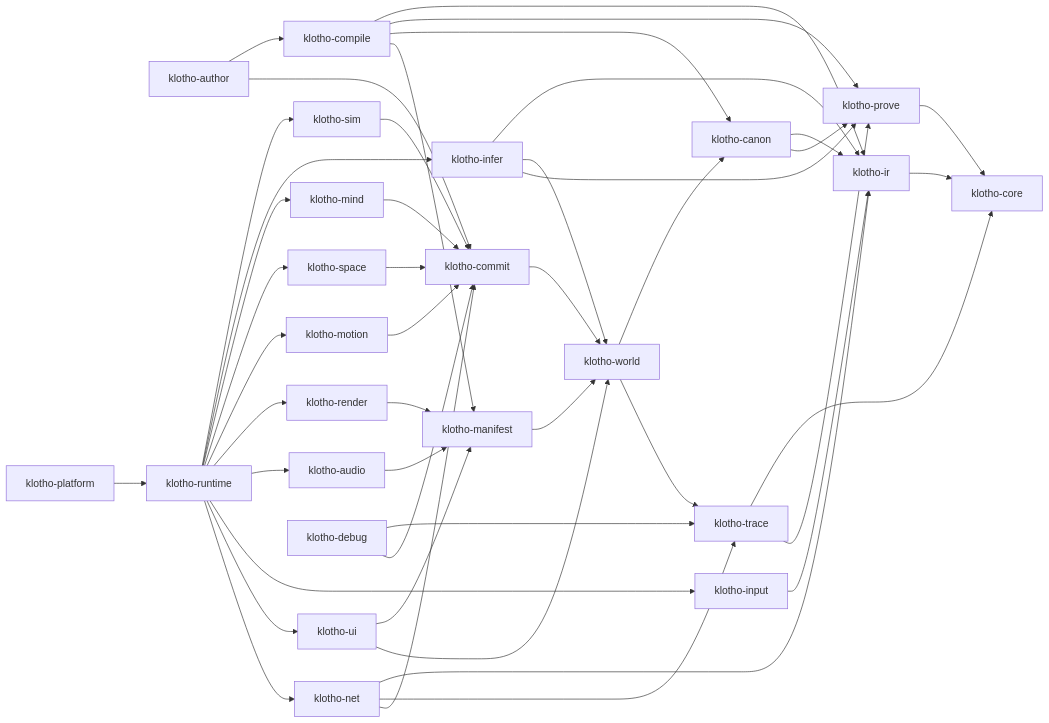
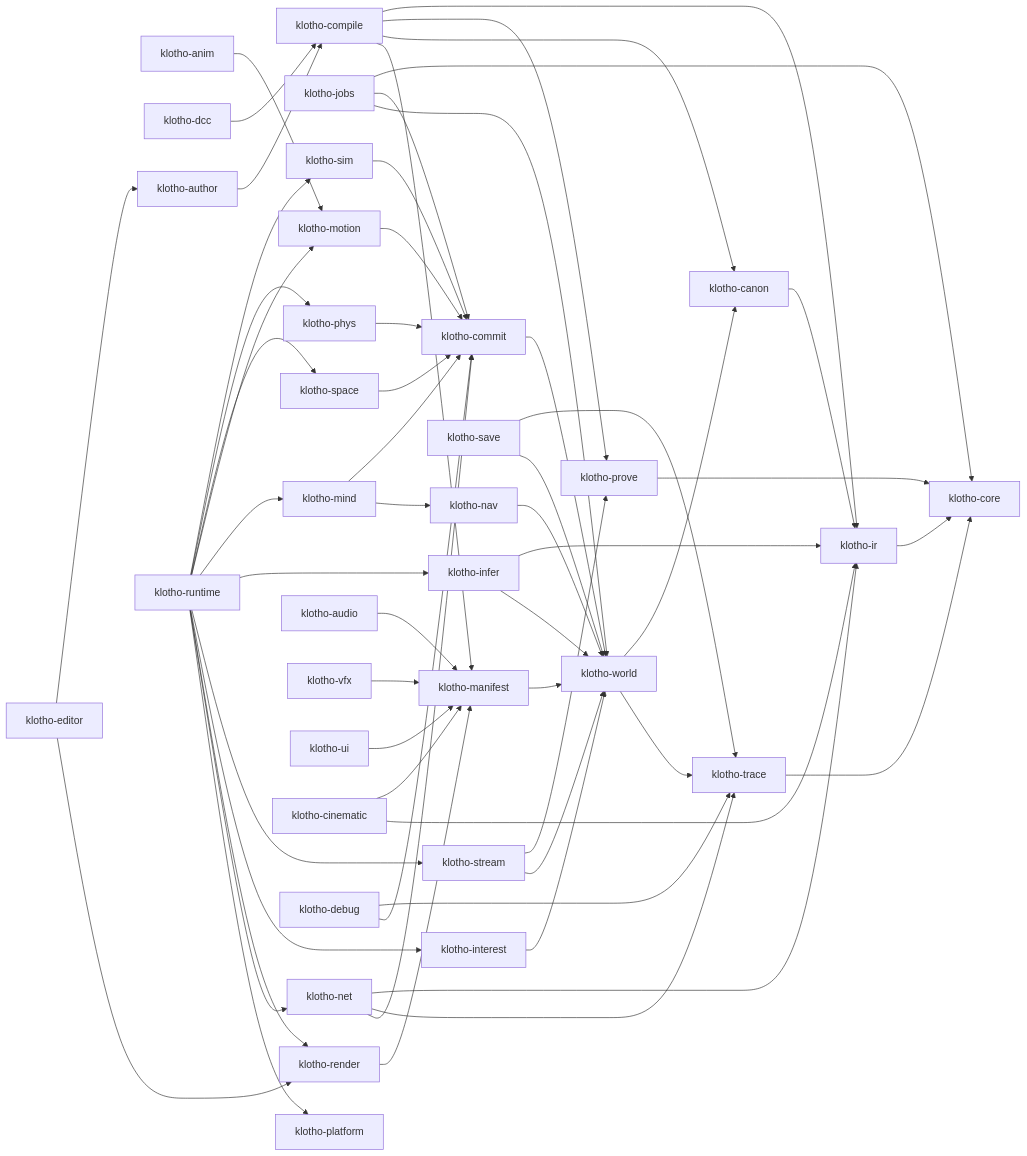
One commit to galkatz373/klotho changed the second of 7 diagrams in docs/hld.md. Above: the diagram before and after it, drawn with Mermaid. The commit also changed other lines of this file and 4 other files, not shown here.

````diff
--- a/docs/hld.md
+++ b/docs/hld.md
@@ -316,19 +409,29 @@
   trace[klotho-trace]
   world[klotho-world]
   commit[klotho-commit]
+  sim[klotho-sim]
+  interest[klotho-interest]
+  jobs[klotho-jobs]
+  phys[klotho-phys]
+  space[klotho-space]
+  motion[klotho-motion]
+  anim[klotho-anim]
+  mind[klotho-mind]
+  nav[klotho-nav]
+  infer[klotho-infer]
   manifest[klotho-manifest]
   compile[klotho-compile]
-  infer[klotho-infer]
-  mind[klotho-mind]
-  sim[klotho-sim]
-  input[klotho-input]
-  space[klotho-space]
-  motion[klotho-motion]
+  dcc[klotho-dcc]
+  stream[klotho-stream]
+  save[klotho-save]
   render[klotho-render]
   audio[klotho-audio]
+  vfx[klotho-vfx]
   ui[klotho-ui]
+  cine[klotho-cinematic]
   net[klotho-net]
   author[klotho-author]
+  editor[klotho-editor]
   debug[klotho-debug]
   plat[klotho-platform]
   runtime[klotho-runtime]
@@ -336,45 +439,57 @@
   ir --> core
   prove --> core
   canon --> ir
-  canon --> prove
   trace --> core
-  trace --> prove
   world --> canon
   world --> trace
   commit --> world
+  sim --> commit
+  interest --> world
+  jobs --> core
+  jobs --> commit
+  jobs --> world
+  phys --> commit
+  space --> commit
+  motion --> commit
+  anim --> motion
+  mind --> commit
+  mind --> nav
+  nav --> world
+  infer --> ir
+  infer --> world
   manifest --> world
   compile --> ir
   compile --> prove
   compile --> canon
   compile --> manifest
-  infer --> ir
-  infer --> world
-  infer --> prove
-  mind --> commit
-  sim --> commit
-  input --> ir
-  space --> commit
-  motion --> commit
+  dcc --> compile
+  stream --> prove
+  stream --> world
+  save --> trace
+  save --> world
   render --> manifest
   audio --> manifest
+  vfx --> manifest
   ui --> manifest
-  ui --> world
+  cine --> manifest
+  cine --> ir
   net --> ir
   net --> trace
   net --> commit
   author --> compile
-  author --> commit
+  editor --> author
+  editor --> render
   debug --> trace
   debug --> commit
   runtime --> sim
-  runtime --> infer
-  runtime --> mind
+  runtime --> phys
   runtime --> space
   runtime --> motion
+  runtime --> mind
+  runtime --> infer
+  runtime --> stream
+  runtime --> interest
   runtime --> render
-  runtime --> audio
-  runtime --> input
-  runtime --> ui
   runtime --> net
-  plat --> runtime
+  runtime --> plat
 ```
````
